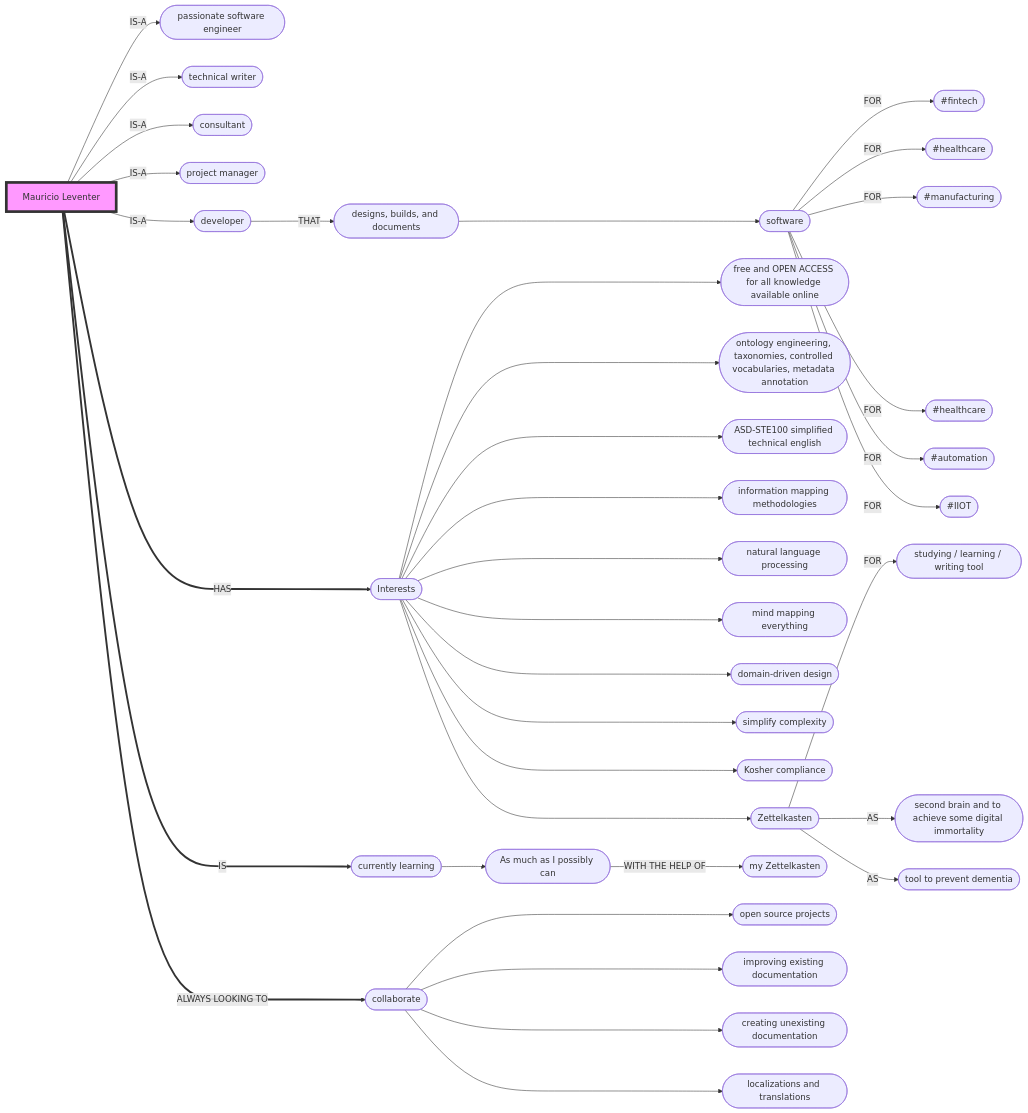
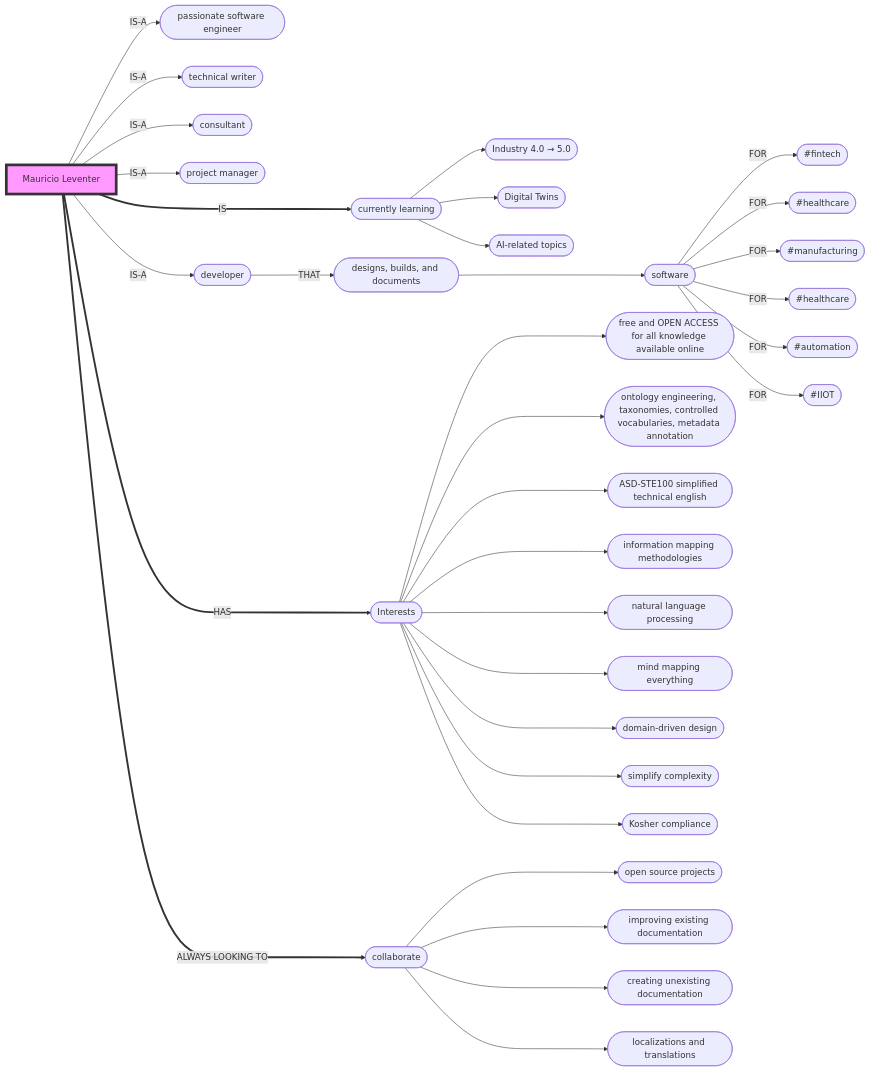
One commit to mleventer/mleventer changed the diagram in README.md. Above: the diagram before and after it, drawn with Mermaid. The commit also changed other lines of this file, not shown here.

````diff
--- a/README.md
+++ b/README.md
@@ -18,39 +18,36 @@
 ```mermaid
 flowchart LR
     A[Mauricio Leventer] -->|IS-A| A2([passionate software engineer])
     A -->|IS-A| A3([technical writer])
     A -->|IS-A| A4([consultant])
     A -->|IS-A| AA([project manager])
     A -->|IS-A| AC([developer])
     AC -->|THAT| A5([designs, builds, and documents])
     A5 ---> A6([software])
     A6 -->|FOR| A7([#fintech])
     A6 -->|FOR| A8([#healthcare])
     A6 -->|FOR| A9([#manufacturing])
     A6 -->|FOR| A10([#healthcare])
     A6 -->|FOR| A11([#automation])
     A6 -->|FOR| A12([#IIOT])    
     A ===>|HAS| B([Interests])
     B ---> I1([free and OPEN ACCESS for all knowledge available online])
     B ---> I3([ontology engineering, taxonomies, controlled vocabularies, metadata annotation])
     B ---> I4([ASD-STE100 simplified technical english])
     B ---> I5([information mapping methodologies])
     B ---> I6([natural language processing])
     B ---> I7([mind mapping everything]) 
     B ---> I8([domain-driven design]) 
     B ---> I9([simplify complexity])
     B ---> I10([Kosher compliance])
-    B ---> J([Zettelkasten])
-    J -->|FOR| J1([studying / learning / writing tool]) 
-    J -->|AS| J2([second brain and to achieve some digital immortality]) 
-    J -->|AS| J3([tool to prevent dementia])
     A ===>|IS| D([currently learning])
-    D --> D1([As much as I possibly can])
-    D1 -->|WITH THE HELP OF| D2([my Zettelkasten])
+    D --> D1([Industry 4.0 → 5.0])
+    D --> D2([Digital Twins])
+    D --> D3([AI-related topics])
     A ===>|ALWAYS LOOKING TO|E([collaborate])
     E ---> E1([open source projects])
     E ---> E2([improving existing documentation])
     E ---> E3([creating unexisting documentation])
     E ---> E4([localizations and translations])
     style A fill:#f9f,stroke:#333,stroke-width:5px
 ```
````
